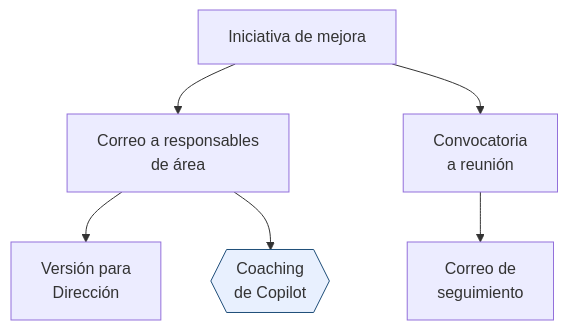
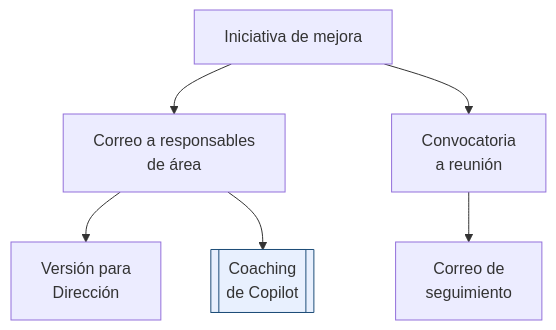
Before and after one commit to Netec-Mx/MIC-COP_PREM-AB-PA-JUN-LD-Priv-: the second of 2 diagrams in Capitulo02/README_Practica06.md, drawn with Mermaid. The commit also changed 1 other file, not shown here.

Commit message:
Diagramas: evitar sintaxis {{ }} que Jekyll interpreta como Liquid

````diff
--- a/Capitulo02/README_Practica06.md
+++ b/Capitulo02/README_Practica06.md
@@ -54,9 +54,9 @@
 ```mermaid
 flowchart TD
     I["Iniciativa de mejora"] --> C1["Correo a responsables<br/>de área"]
     C1 --> C2["Versión para<br/>Dirección"]
-    C1 --> K{{"Coaching<br/>de Copilot"}}
+    C1 --> K[["Coaching<br/>de Copilot"]]
     I --> C3["Convocatoria<br/>a reunión"]
     C3 --> C4["Correo de<br/>seguimiento"]
     style K fill:#e8f0fe,stroke:#1f4e79
 ```
````
